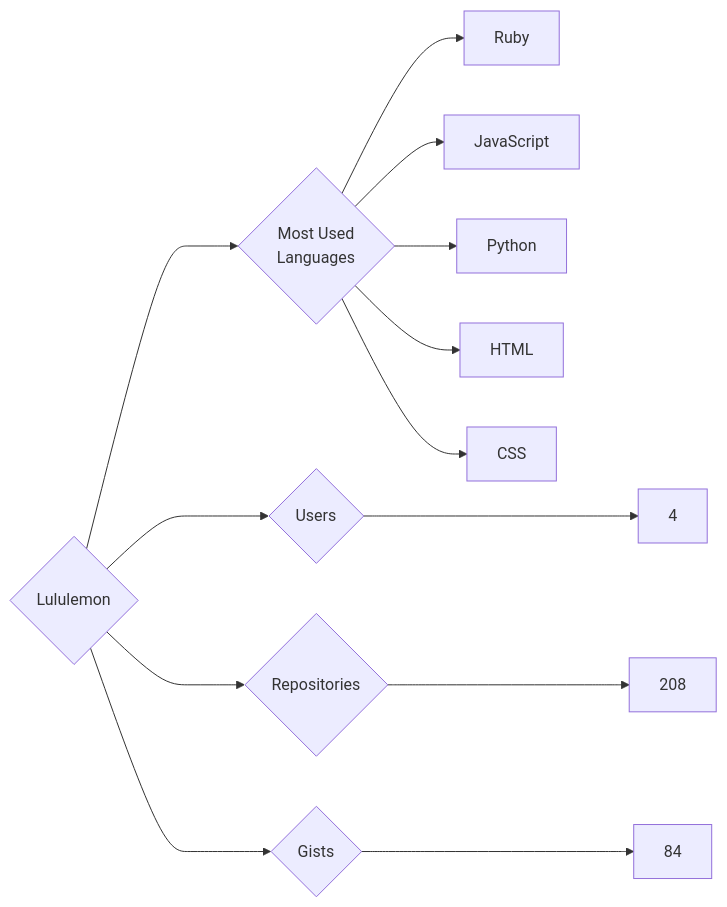
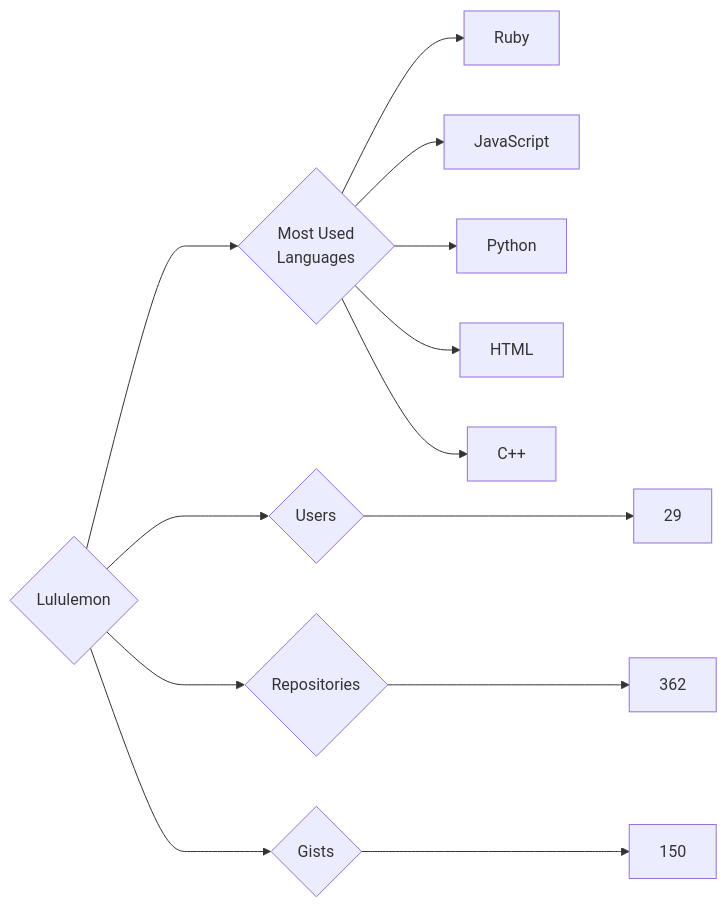
One commit to trickest/insiders changed the diagram in targets/Lululemon/README.md. Above: the diagram before and after it, drawn with Mermaid. The commit also changed 835 other files, not shown here.

````diff
--- a/targets/Lululemon/README.md
+++ b/targets/Lululemon/README.md
@@ -3,13 +3,13 @@
 ```mermaid
 graph LR
 COMPANY_NAME{Lululemon}
-COMPANY_NAME ---> U{Users} ---> UN[4]
-COMPANY_NAME ---> R{Repositories} ---> RN[208]
-COMPANY_NAME ---> G{Gists} ---> GN[84]
+COMPANY_NAME ---> U{Users} ---> UN[29]
+COMPANY_NAME ---> R{Repositories} ---> RN[362]
+COMPANY_NAME ---> G{Gists} ---> GN[150]
 COMPANY_NAME ---> ML{Most Used<br>Languages}
 ML --> Ruby[Ruby]
 ML --> JavaScript[JavaScript]
 ML --> Python[Python]
 ML --> HTML[HTML]
-ML --> CSS[CSS]
+ML --> C++[C++]
 ```
````
